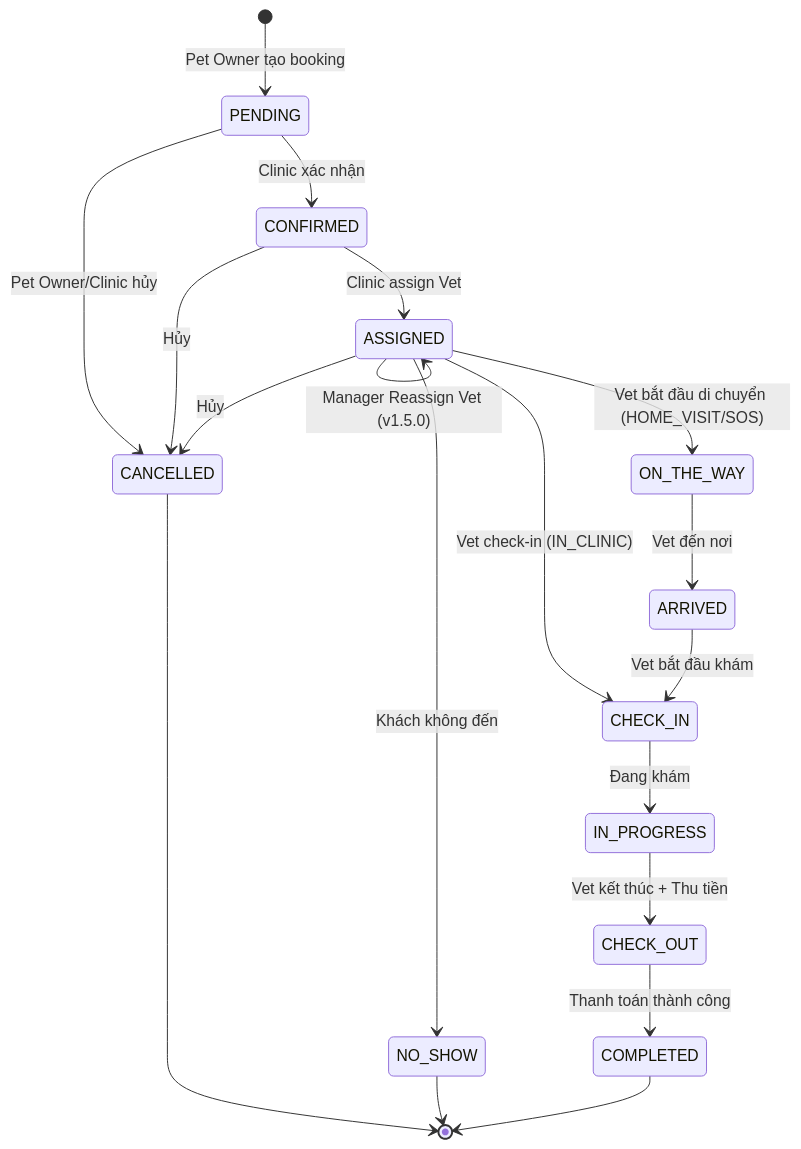
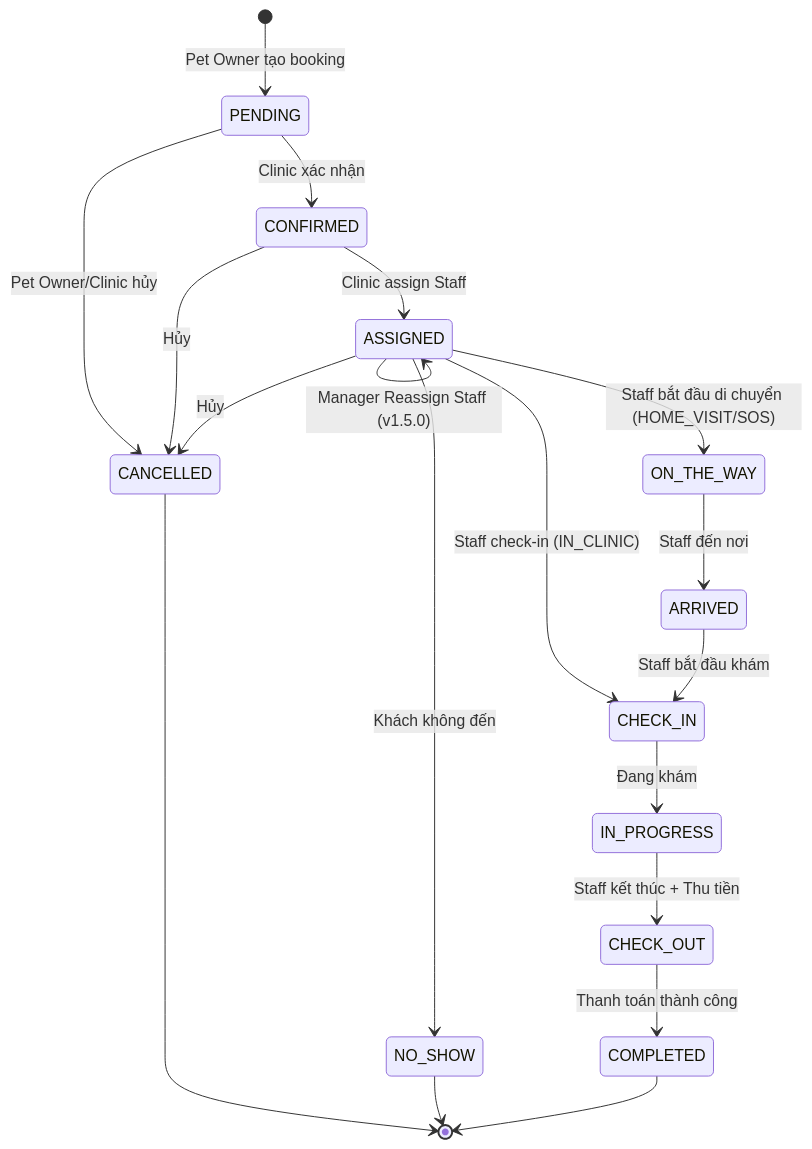
One commit to espresso23/Petties-Veterinary-Appointment-Booking-Platform changed the first of 5 diagrams in docs-references/documentation/BOOKING_WORKFLOW.md. Above: the diagram before and after it, drawn with Mermaid. The commit also changed other lines of this file and 204 other files, not shown here.

First line of the commit message:
refactor(all): complete vet→staff naming migration across codebase

````diff
--- a/docs-references/documentation/BOOKING_WORKFLOW.md
+++ b/docs-references/documentation/BOOKING_WORKFLOW.md
@@ -10,31 +10,31 @@
 ```mermaid
 stateDiagram-v2
     [*] --> PENDING: Pet Owner tạo booking
     
     PENDING --> CONFIRMED: Clinic xác nhận
     PENDING --> CANCELLED: Pet Owner/Clinic hủy
     
-    CONFIRMED --> ASSIGNED: Clinic assign Vet
+    CONFIRMED --> ASSIGNED: Clinic assign Staff
     CONFIRMED --> CANCELLED: Hủy
     
-    ASSIGNED --> ASSIGNED: Manager Reassign Vet (v1.5.0)
+    ASSIGNED --> ASSIGNED: Manager Reassign Staff (v1.5.0)
     
-    ASSIGNED --> CHECK_IN: Vet check-in (IN_CLINIC)
-    ASSIGNED --> ON_THE_WAY: Vet bắt đầu di chuyển (HOME_VISIT/SOS)
+    ASSIGNED --> CHECK_IN: Staff check-in (IN_CLINIC)
+    ASSIGNED --> ON_THE_WAY: Staff bắt đầu di chuyển (HOME_VISIT/SOS)
     ASSIGNED --> NO_SHOW: Khách không đến
     ASSIGNED --> CANCELLED: Hủy
     
-    ON_THE_WAY --> ARRIVED: Vet đến nơi
+    ON_THE_WAY --> ARRIVED: Staff đến nơi
     
-    ARRIVED --> CHECK_IN: Vet bắt đầu khám
+    ARRIVED --> CHECK_IN: Staff bắt đầu khám
     
     CHECK_IN --> IN_PROGRESS: Đang khám
     
-    IN_PROGRESS --> CHECK_OUT: Vet kết thúc + Thu tiền
+    IN_PROGRESS --> CHECK_OUT: Staff kết thúc + Thu tiền
     
     CHECK_OUT --> COMPLETED: Thanh toán thành công
     
     CANCELLED --> [*]
     NO_SHOW --> [*]
     COMPLETED --> [*]
 ```
````
